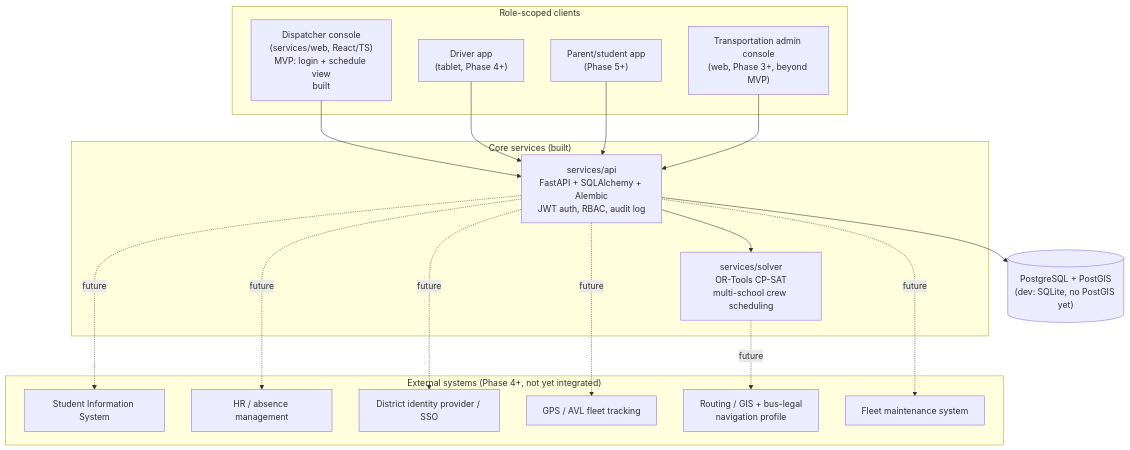
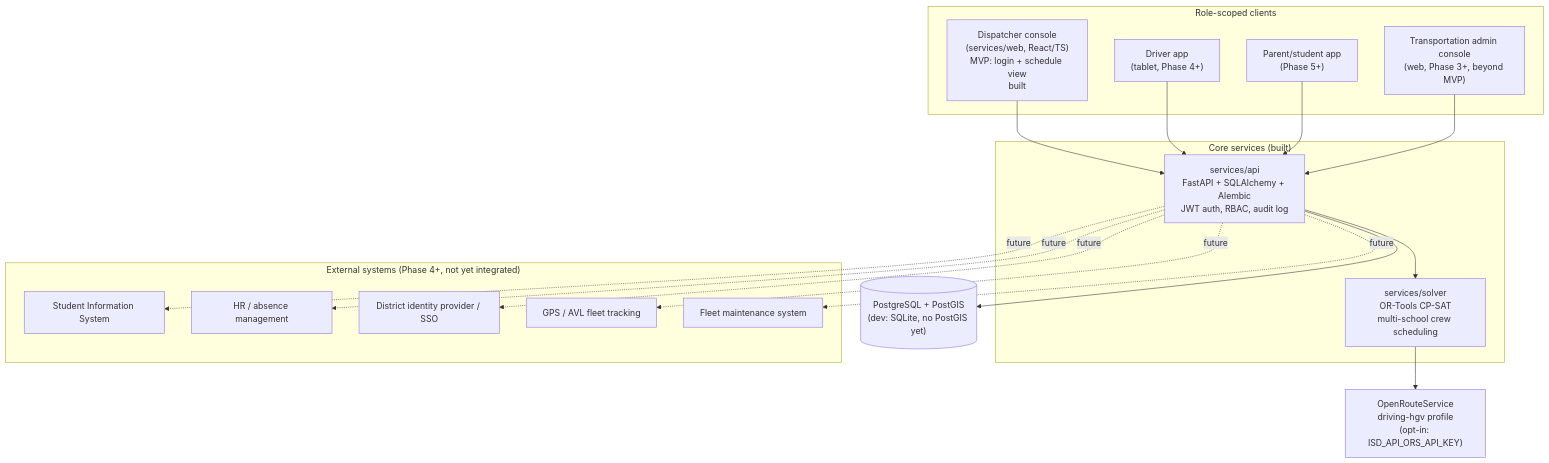
Before and after one commit to giddy-mpungu/isd-bus-routing: the diagram in docs/architecture.md, drawn with Mermaid. The commit also changed other lines of this file and 9 other files, not shown here.

First line of the commit message:
Phase 6 GIS slice 1: real road-network deadhead via OpenRouteService

````diff
--- a/docs/architecture.md
+++ b/docs/architecture.md
@@ -15,38 +15,39 @@
 ```mermaid
 graph TB
     subgraph clients["Role-scoped clients"]
         Dispatcher["Dispatcher console\n(services/web, React/TS)\nMVP: login + schedule view\nbuilt"]
         DriverApp["Driver app\n(tablet, Phase 4+)"]
         ParentApp["Parent/student app\n(Phase 5+)"]
         AdminConsole["Transportation admin console\n(web, Phase 3+, beyond MVP)"]
     end
 
     subgraph core["Core services (built)"]
         API["services/api\nFastAPI + SQLAlchemy + Alembic\nJWT auth, RBAC, audit log"]
         Solver["services/solver\nOR-Tools CP-SAT\nmulti-school crew scheduling"]
     end
 
     DB[("PostgreSQL + PostGIS\n(dev: SQLite, no PostGIS yet)")]
 
     subgraph external["External systems (Phase 4+, not yet integrated)"]
         SIS["Student Information System"]
         HR["HR / absence management"]
         SSO["District identity provider / SSO"]
         GPS["GPS / AVL fleet tracking"]
-        GIS["Routing / GIS + bus-legal\nnavigation profile"]
         Maint["Fleet maintenance system"]
     end
+
+    ORS["OpenRouteService\ndriving-hgv profile\n(opt-in: ISD_API_ORS_API_KEY)"]
 
     Dispatcher --> API
     DriverApp --> API
     ParentApp --> API
     AdminConsole --> API
     API --> Solver
     API --> DB
     API -.future.-> SIS
     API -.future.-> HR
     API -.future.-> SSO
-    Solver -.future.-> GIS
+    Solver --> ORS
     API -.future.-> GPS
     API -.future.-> Maint
 ```
````
